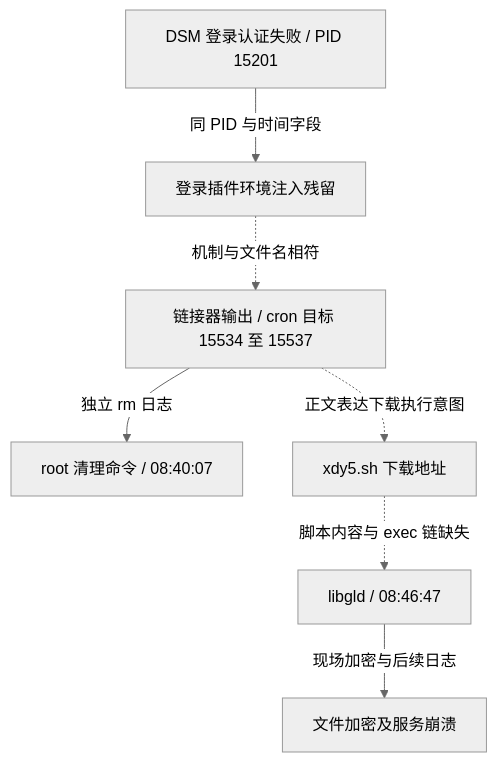
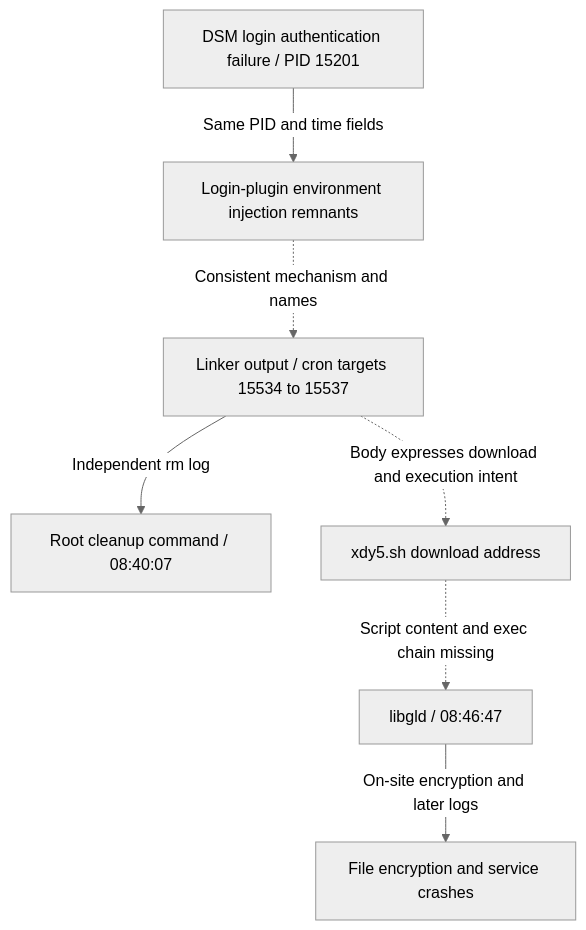
Before and after one commit to soimy/c3rb3r-rescue: the diagram in docs/attack-path.md, drawn with Mermaid (neutral theme). The commit also changed other lines of this file and 17 other files, not shown here.

````diff
--- a/docs/attack-path.md
+++ b/docs/attack-path.md
@@ -26,9 +28,9 @@
 ```mermaid
 flowchart TD
-  A[DSM 登录认证失败 / PID 15201] -->|同 PID 与时间字段| B[登录插件环境注入残留]
-  B -.->|机制与文件名相符| C[链接器输出 / cron 目标 15534 至 15537]
-  C -->|独立 rm 日志| D[root 清理命令 / 08:40:07]
-  C -.->|正文表达下载执行意图| E[xdy5.sh 下载地址]
-  E -.->|脚本内容与 exec 链缺失| F[libgld / 08:46:47]
-  F -->|现场加密与后续日志| G[文件加密及服务崩溃]
+  A[DSM login authentication failure / PID 15201] -->|Same PID and time fields| B[Login-plugin environment injection remnants]
+  B -.->|Consistent mechanism and names| C[Linker output / cron targets 15534 to 15537]
+  C -->|Independent rm log| D[Root cleanup command / 08:40:07]
+  C -.->|Body expresses download and execution intent| E[xdy5.sh download address]
+  E -.->|Script content and exec chain missing| F[libgld / 08:46:47]
+  F -->|On-site encryption and later logs| G[File encryption and service crashes]
 ```
````
